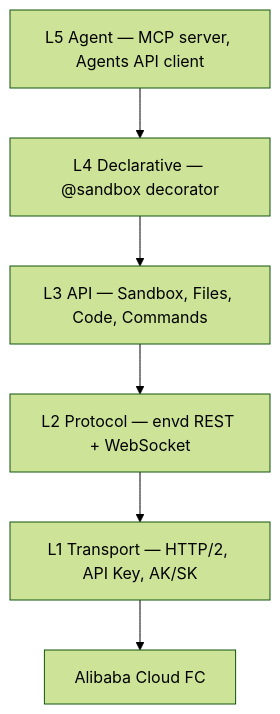
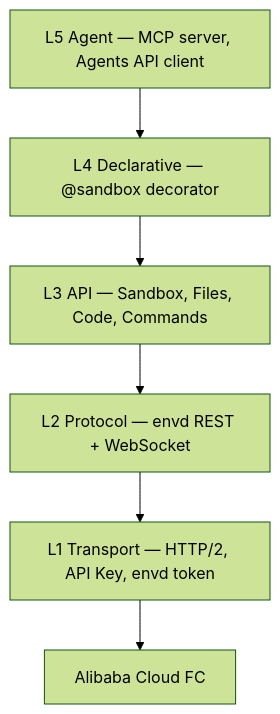
Before and after one commit to Alibaba-Agent-Sandbox/python-sdk: the diagram in README.md, drawn with Mermaid (forest theme). The commit also changed 18 other files, not shown here.

````diff
--- a/README.md
+++ b/README.md
@@ -155,11 +155,11 @@
 ```mermaid
 graph TB
     L5["L5 Agent — MCP server, Agents API client"]
     L4["L4 Declarative — @sandbox decorator"]
     L3["L3 API — Sandbox, Files, Code, Commands"]
     L2["L2 Protocol — envd REST + WebSocket"]
-    L1["L1 Transport — HTTP/2, API Key, AK/SK"]
+    L1["L1 Transport — HTTP/2, API Key, envd token"]
     GW["Alibaba Cloud FC"]
 
     L5 --> L4 --> L3 --> L2 --> L1 --> GW
 ```
````
